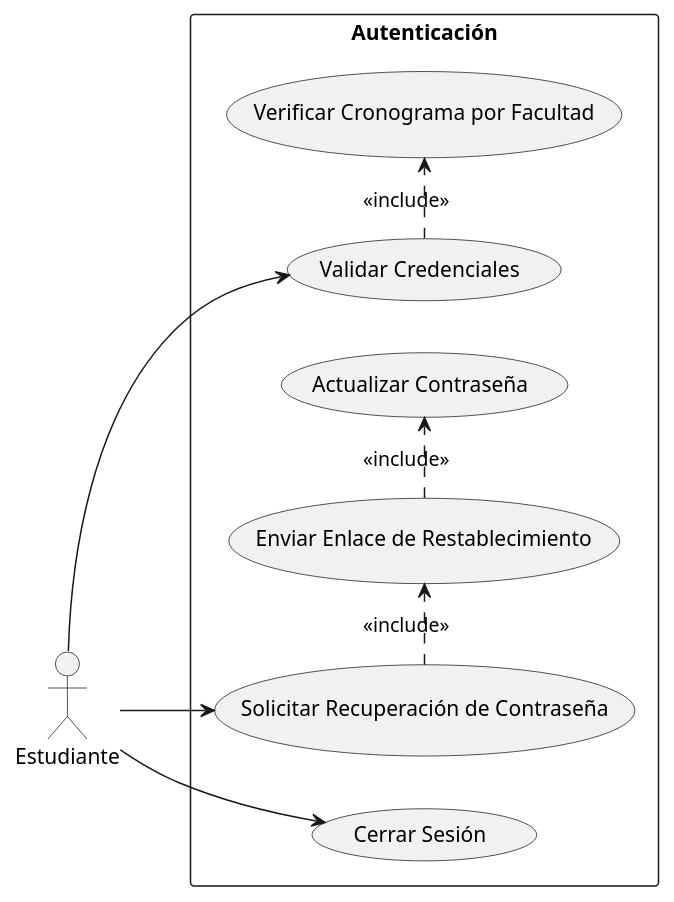
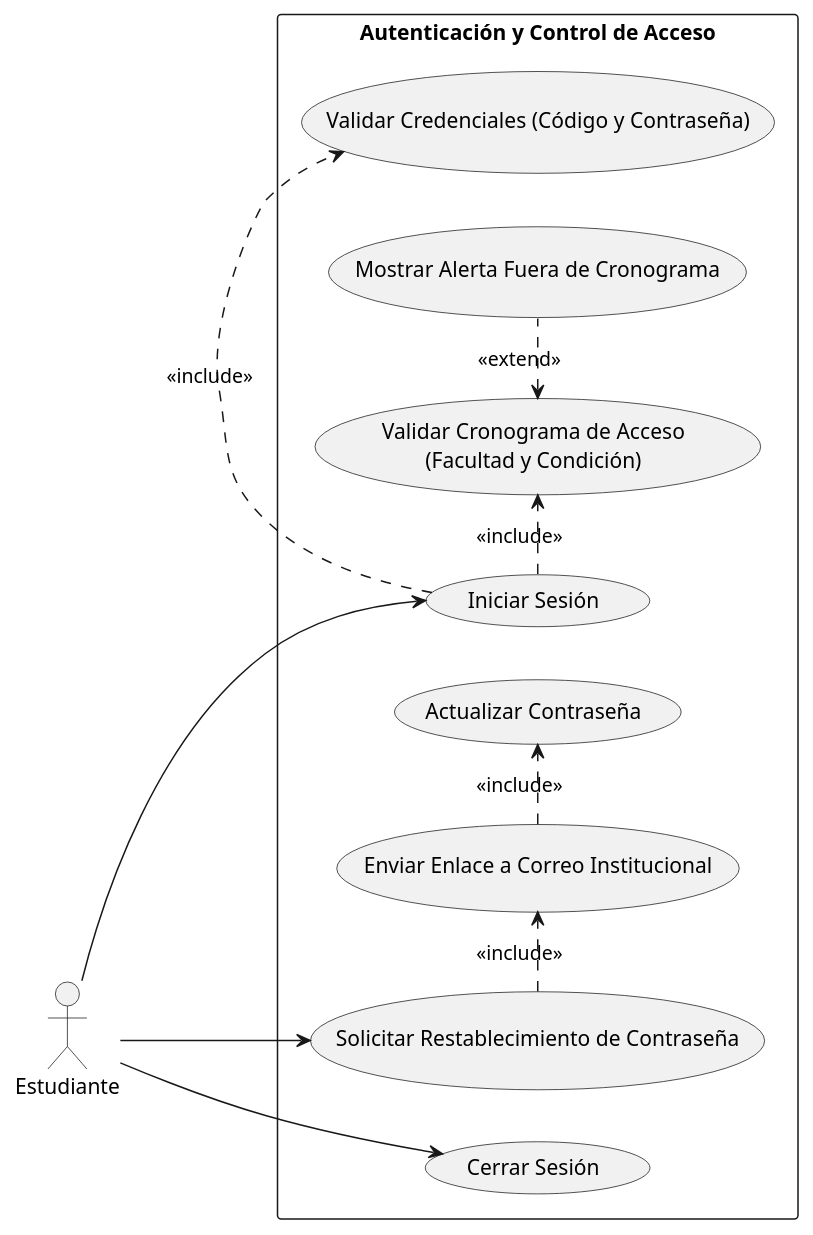
Before and after one commit to jsondev999/sistema-matricula: the diagram in diagramas/casos-de-uso/autenticacion.puml, drawn with PlantUML. The commit also changed 6 other files, not shown here.

Commit message:
Actualiza diagramas

```diff
--- a/diagramas/casos-de-uso/autenticacion.puml
+++ b/diagramas/casos-de-uso/autenticacion.puml
@@ -1,23 +1,30 @@
 @startuml autenticacion
 left to right direction
 skinparam packageStyle rectangle
 
 actor "Estudiante" as est
 
-rectangle "Autenticación" {
-    usecase "Validar Credenciales" as UC_Login
-    usecase "Verificar Cronograma por Facultad" as UC_Cronograma
+rectangle "Autenticación y Control de Acceso" {
+    usecase "Iniciar Sesión" as UC_Login
+    usecase "Validar Credenciales (Código y Contraseña)" as UC_ValidarCred
+    usecase "Validar Cronograma de Acceso\n(Facultad y Condición)" as UC_Cronograma
+    usecase "Mostrar Alerta Fuera de Cronograma" as UC_AlertaCronograma
+    
     usecase "Cerrar Sesión" as UC_Logout
-    usecase "Solicitar Recuperación de Contraseña" as UC_ReqRecup
-    usecase "Enviar Enlace de Restablecimiento" as UC_SendEmail
+    
+    usecase "Solicitar Restablecimiento de Contraseña" as UC_ReqRecup
+    usecase "Enviar Enlace a Correo Institucional" as UC_SendEmail
     usecase "Actualizar Contraseña" as UC_UpdatePass
 }
 
 est --> UC_Login
 est --> UC_Logout
 est --> UC_ReqRecup
 
+UC_Login .> UC_ValidarCred : <<include>>
 UC_Login .> UC_Cronograma : <<include>>
+UC_Cronograma <. UC_AlertaCronograma : <<extend>>
+
 UC_ReqRecup .> UC_SendEmail : <<include>>
 UC_SendEmail .> UC_UpdatePass : <<include>>
 @enduml
```
